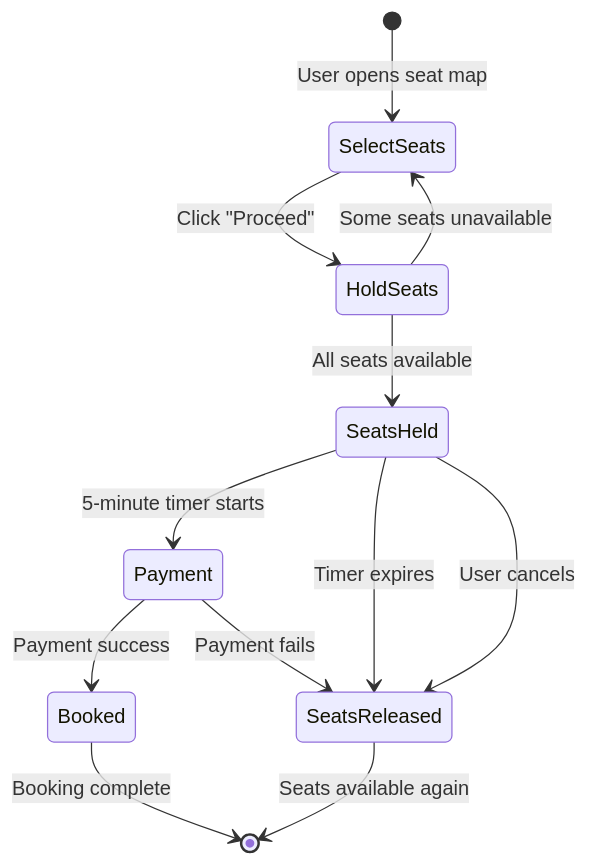
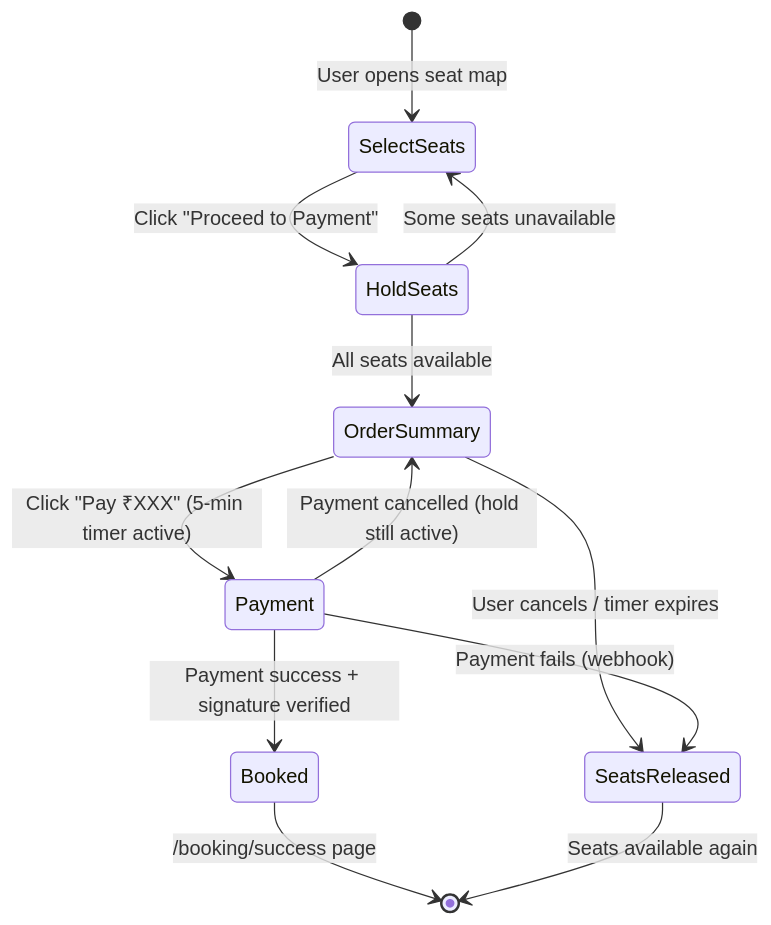
Before and after one commit to hduraimurugan/cinema-app-docs: the second of 6 diagrams in payment and booking implementation.md, drawn with Mermaid. The commit also changed other lines of this file and 2 other files, not shown here.

Commit message:
update: redesign SeatSelectionPage and add OrderSummaryPage with payment integration and countdown timer

````diff
--- a/payment and booking implementation.md
+++ b/payment and booking implementation.md
@@ -525,18 +525,18 @@
 ```mermaid
 stateDiagram-v2
     [*] --> SelectSeats: User opens seat map
-    SelectSeats --> HoldSeats: Click "Proceed"
+    SelectSeats --> HoldSeats: Click "Proceed to Payment"
 
-    HoldSeats --> SeatsHeld: All seats available
+    HoldSeats --> OrderSummary: All seats available
     HoldSeats --> SelectSeats: Some seats unavailable
 
-    SeatsHeld --> Payment: 5-minute timer starts
-    SeatsHeld --> SeatsReleased: Timer expires
-    SeatsHeld --> SeatsReleased: User cancels
+    OrderSummary --> Payment: Click "Pay ₹XXX" (5-min timer active)
+    OrderSummary --> SeatsReleased: User cancels / timer expires
 
-    Payment --> Booked: Payment success
-    Payment --> SeatsReleased: Payment fails
+    Payment --> Booked: Payment success + signature verified
+    Payment --> OrderSummary: Payment cancelled (hold still active)
+    Payment --> SeatsReleased: Payment fails (webhook)
 
-    Booked --> [*]: Booking complete
+    Booked --> [*]: /booking/success page
     SeatsReleased --> [*]: Seats available again
 ```
````
